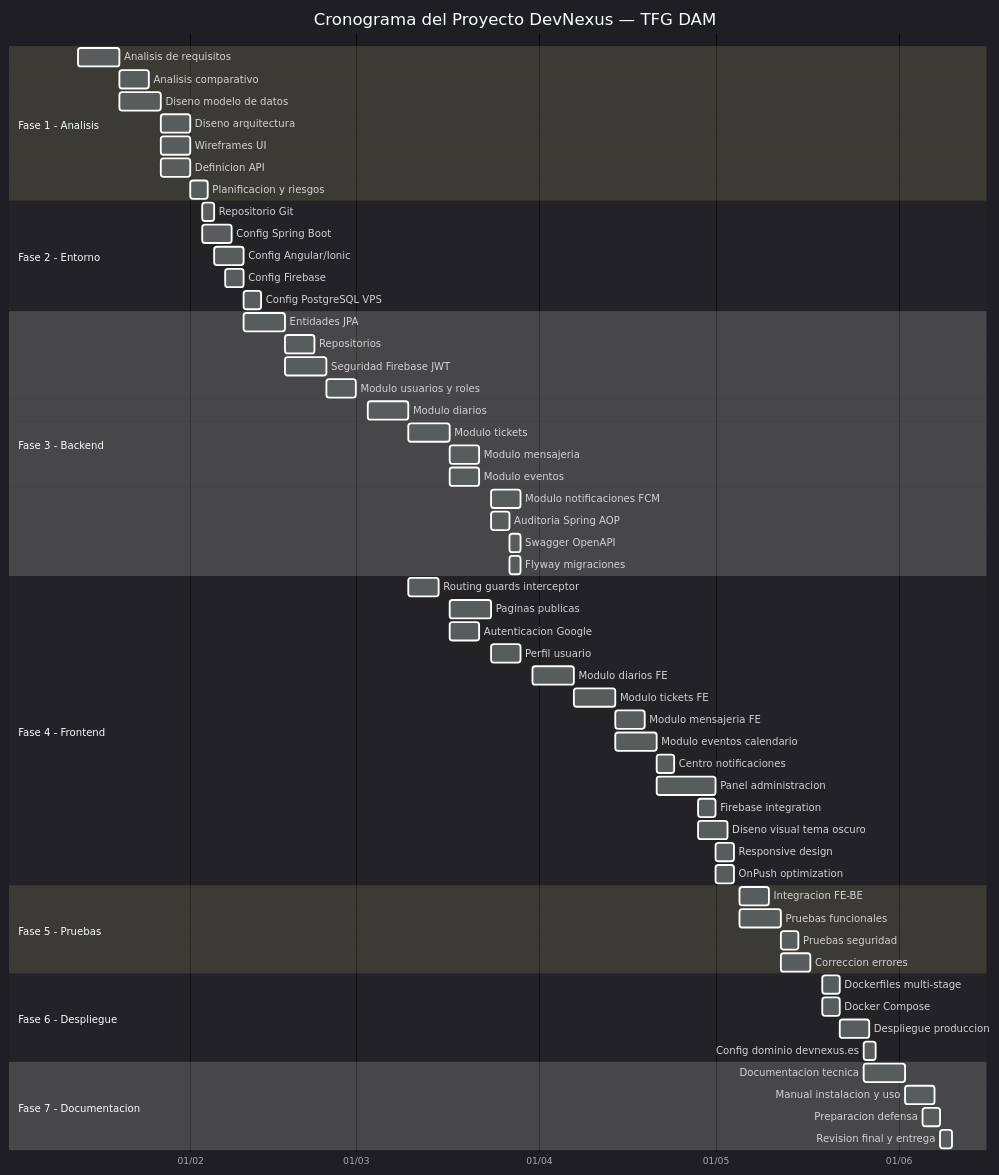
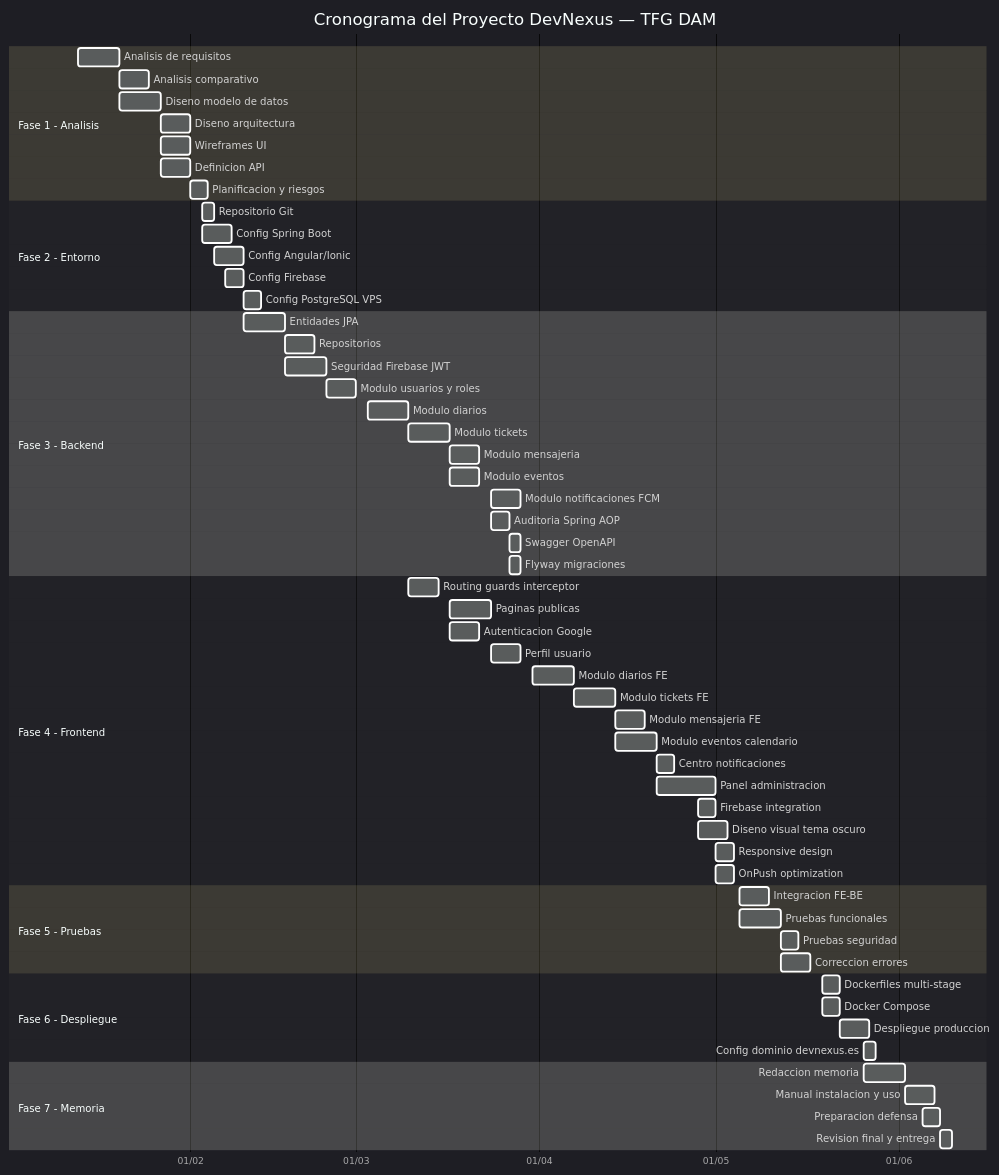
The second of 11 diagrams in memoria/Memoria_TFG_DevNexus.md (JesusDev-code/TFG-DevNexus), drawn with Mermaid before and after one commit. The commit also changed other lines of this file, not shown here.

Commit message:
fix(docs): replace remaining documentación references with memoria

````diff
--- a/memoria/Memoria_TFG_DevNexus.md
+++ b/memoria/Memoria_TFG_DevNexus.md
@@ -655,71 +655,71 @@
 ```mermaid
 %%{init: {'theme': 'dark'}}%%
 gantt
     title Cronograma del Proyecto DevNexus — TFG DAM
     dateFormat  YYYY-MM-DD
     axisFormat  %d/%m
 
     section Fase 1 - Analisis
     Analisis de requisitos           :f1a, 2025-01-13, 7d
     Analisis comparativo             :f1b, 2025-01-20, 5d
     Diseno modelo de datos           :f1c, 2025-01-20, 7d
     Diseno arquitectura              :f1d, 2025-01-27, 5d
     Wireframes UI                    :f1e, 2025-01-27, 5d
     Definicion API                   :f1f, 2025-01-27, 5d
     Planificacion y riesgos          :f1g, 2025-02-01, 3d
 
     section Fase 2 - Entorno
     Repositorio Git                  :f2a, 2025-02-03, 2d
     Config Spring Boot               :f2b, 2025-02-03, 5d
     Config Angular/Ionic             :f2c, 2025-02-05, 5d
     Config Firebase                  :f2d, 2025-02-07, 3d
     Config PostgreSQL VPS            :f2e, 2025-02-10, 3d
 
     section Fase 3 - Backend
     Entidades JPA                    :f3a, 2025-02-10, 7d
     Repositorios                     :f3b, 2025-02-17, 5d
     Seguridad Firebase JWT           :f3c, 2025-02-17, 7d
     Modulo usuarios y roles          :f3d, 2025-02-24, 5d
     Modulo diarios                   :f3e, 2025-03-03, 7d
     Modulo tickets                   :f3f, 2025-03-10, 7d
     Modulo mensajeria                :f3g, 2025-03-17, 5d
     Modulo eventos                   :f3h, 2025-03-17, 5d
     Modulo notificaciones FCM        :f3i, 2025-03-24, 5d
     Auditoria Spring AOP             :f3j, 2025-03-24, 3d
     Swagger OpenAPI                  :f3k, 2025-03-27, 2d
     Flyway migraciones               :f3l, 2025-03-27, 2d
 
     section Fase 4 - Frontend
     Routing guards interceptor       :f4a, 2025-03-10, 5d
     Paginas publicas                 :f4b, 2025-03-17, 7d
     Autenticacion Google             :f4c, 2025-03-17, 5d
     Perfil usuario                   :f4d, 2025-03-24, 5d
     Modulo diarios FE                :f4e, 2025-03-31, 7d
     Modulo tickets FE                :f4f, 2025-04-07, 7d
     Modulo mensajeria FE             :f4g, 2025-04-14, 5d
     Modulo eventos calendario        :f4h, 2025-04-14, 7d
     Centro notificaciones            :f4i, 2025-04-21, 3d
     Panel administracion             :f4j, 2025-04-21, 10d
     Firebase integration             :f4k, 2025-04-28, 3d
     Diseno visual tema oscuro        :f4l, 2025-04-28, 5d
     Responsive design                :f4m, 2025-05-01, 3d
     OnPush optimization              :f4n, 2025-05-01, 3d
 
     section Fase 5 - Pruebas
     Integracion FE-BE                :f5a, 2025-05-05, 5d
     Pruebas funcionales              :f5b, 2025-05-05, 7d
     Pruebas seguridad                :f5c, 2025-05-12, 3d
     Correccion errores               :f5d, 2025-05-12, 5d
 
     section Fase 6 - Despliegue
     Dockerfiles multi-stage          :f6a, 2025-05-19, 3d
     Docker Compose                   :f6b, 2025-05-19, 3d
     Despliegue produccion            :f6c, 2025-05-22, 5d
     Config dominio devnexus.es       :f6d, 2025-05-26, 2d
 
-    section Fase 7 - Documentacion
-    Documentacion tecnica            :f7a, 2025-05-26, 7d
+    section Fase 7 - Memoria
+    Redaccion memoria                :f7a, 2025-05-26, 7d
     Manual instalacion y uso         :f7b, 2025-06-02, 5d
     Preparacion defensa              :f7c, 2025-06-05, 3d
     Revision final y entrega         :f7d, 2025-06-08, 2d
 ```
````
